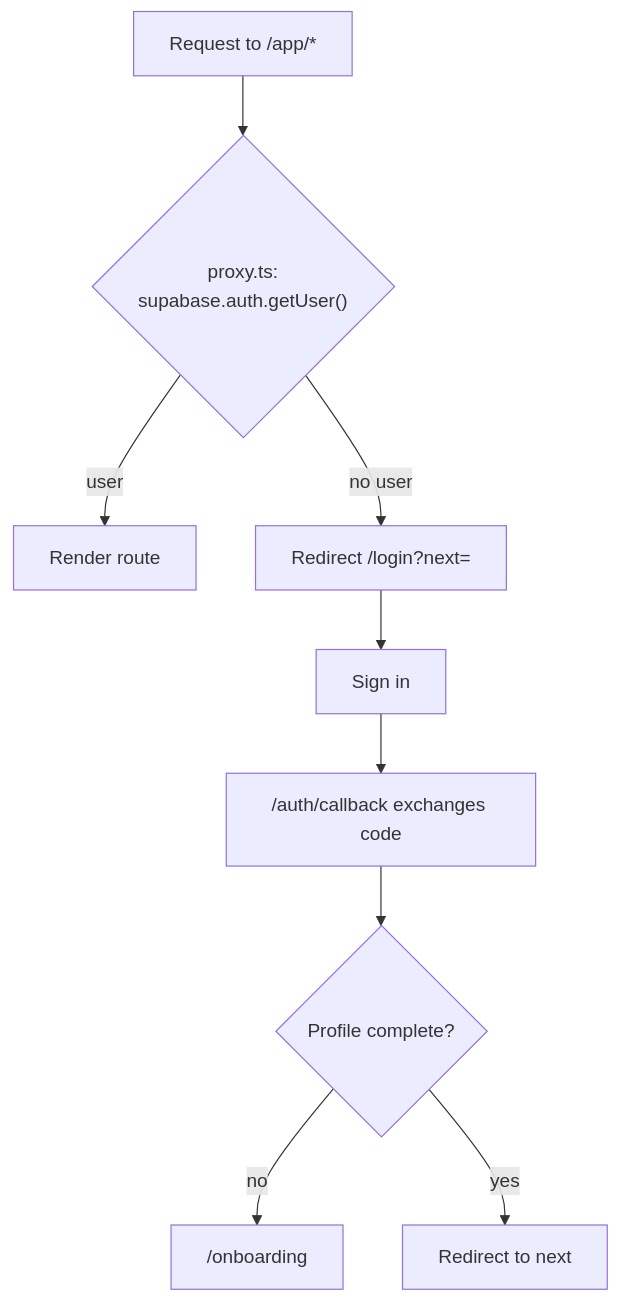
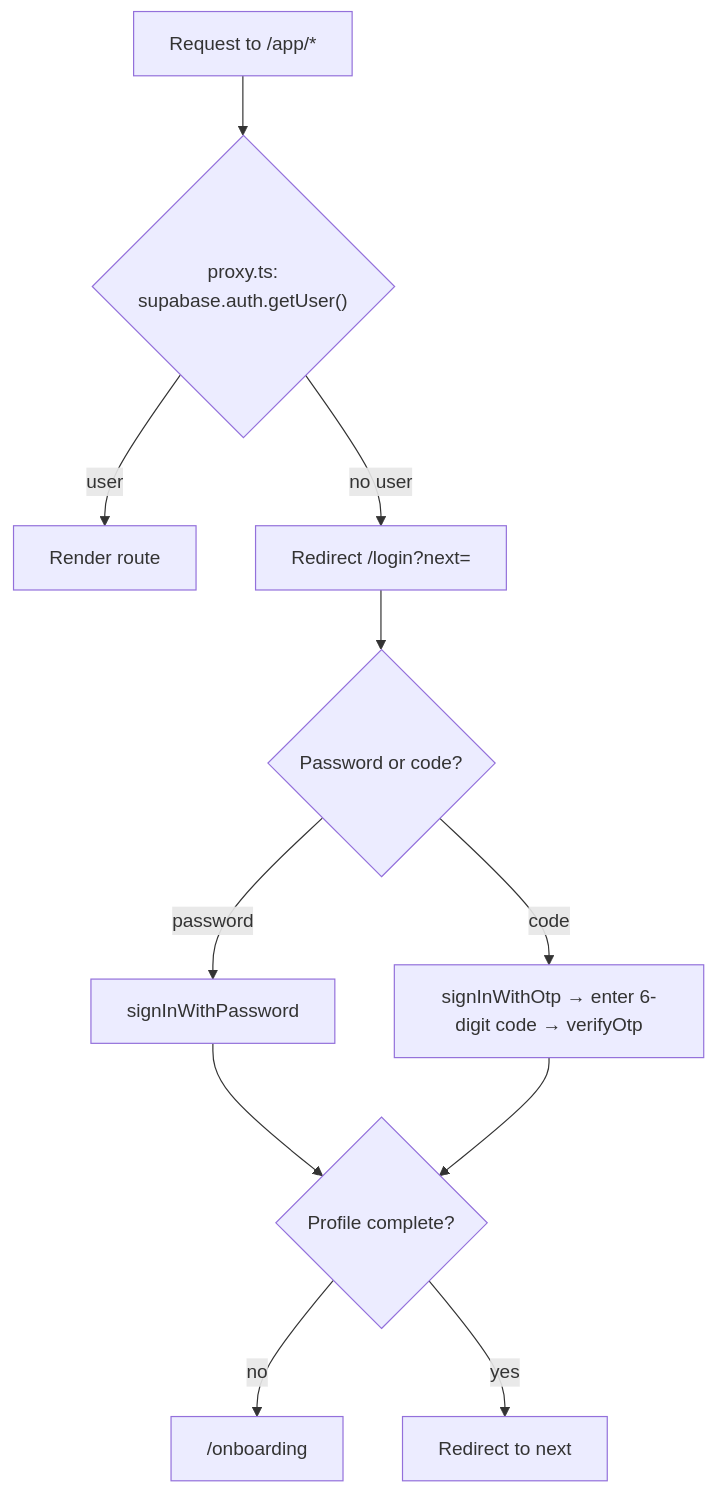
Before and after one commit to Harishcruise/RepLog: the fifth of 5 diagrams in docs/UX.md, drawn with Mermaid. The commit also changed other lines of this file and 5 other files, not shown here.

First line of the commit message:
Design: 6-digit OTP code auth + Forgot password screens

````diff
--- a/docs/UX.md
+++ b/docs/UX.md
@@ -145,11 +146,13 @@
 ```mermaid
 flowchart TD
   A["Request to /app/*"] --> B{"proxy.ts:\nsupabase.auth.getUser()"}
   B -->|user| C["Render route"]
   B -->|no user| D["Redirect /login?next=<path>"]
-  D --> E["Sign in"]
-  E --> F["/auth/callback exchanges code"]
-  F --> G{"Profile complete?"}
+  D --> E{"Password or code?"}
+  E -->|password| P["signInWithPassword"]
+  E -->|code| O["signInWithOtp → enter 6-digit code → verifyOtp"]
+  P --> G{"Profile complete?"}
+  O --> G
   G -->|no| H["/onboarding"]
   G -->|yes| I["Redirect to next"]
 ```
````
